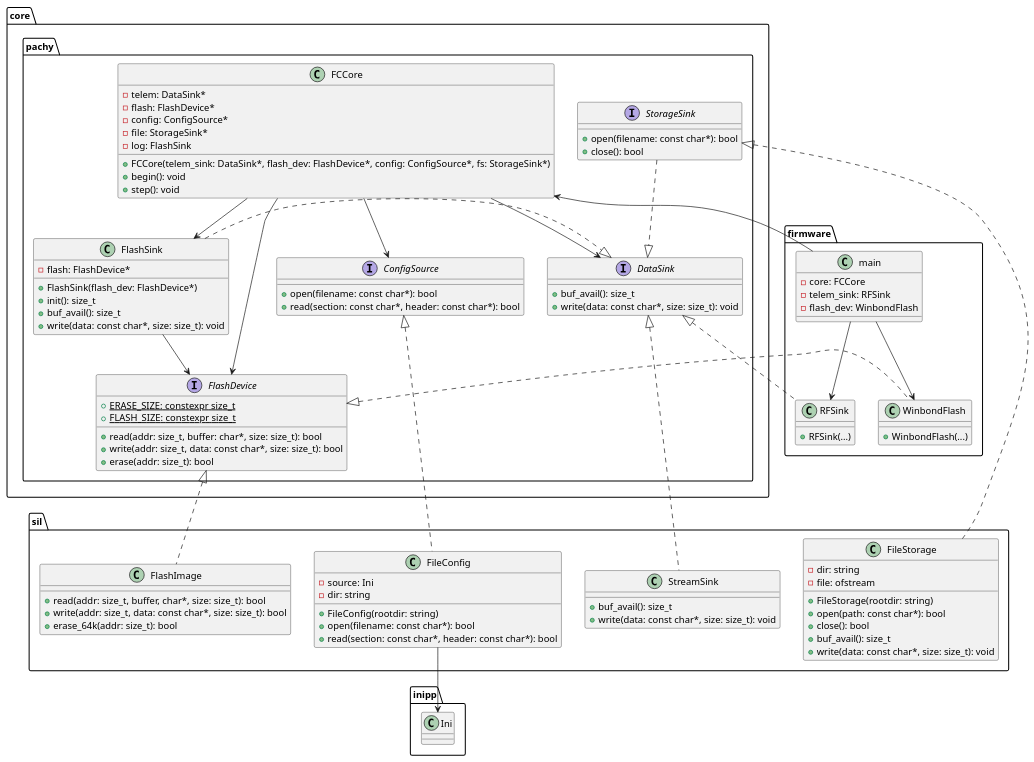
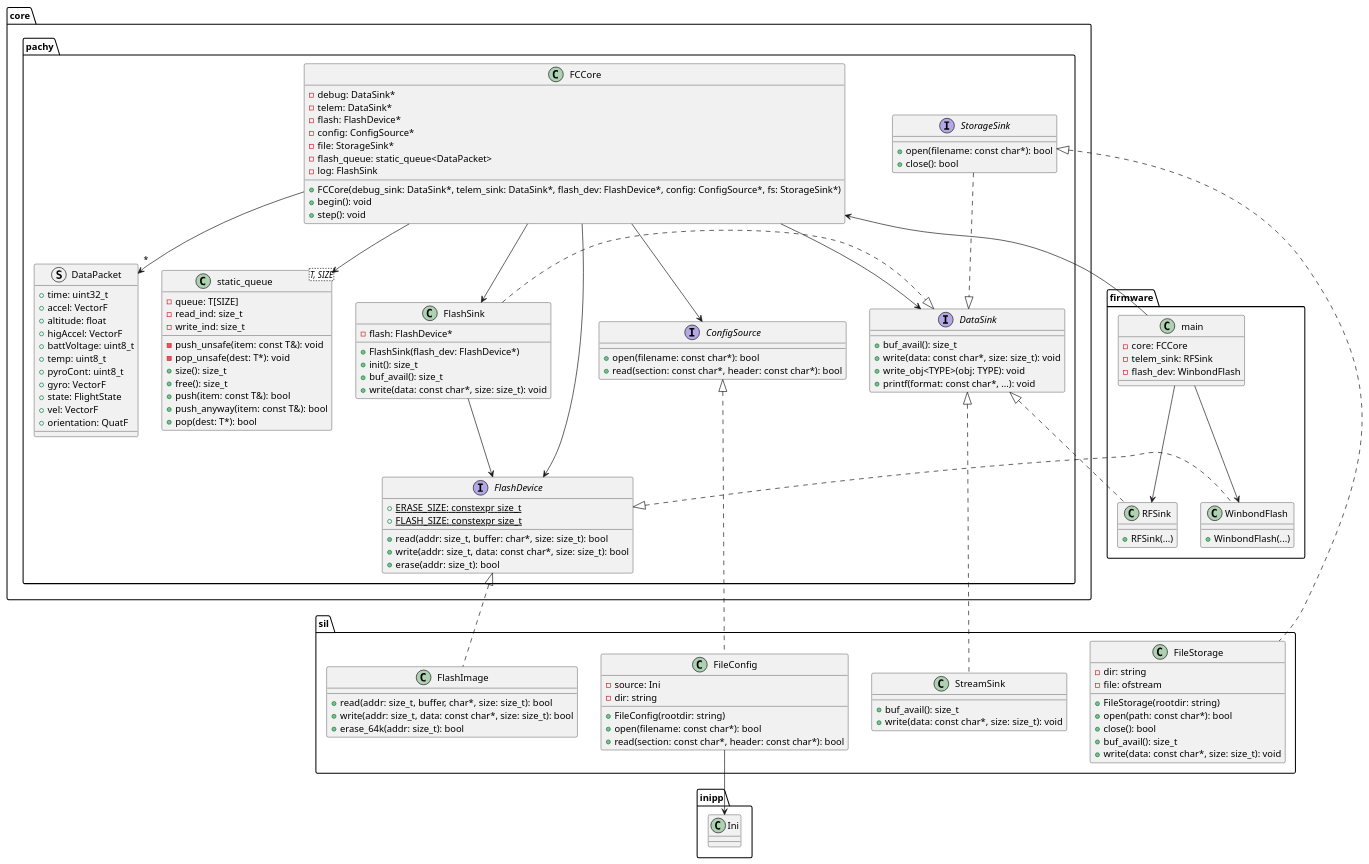
Before and after one commit to Rose-Rocketry/pachyderm-fc-core: the diagram in pachyderm.puml, drawn with PlantUML. The commit also changed 6 other files, not shown here.

```diff
--- a/pachyderm.puml
+++ b/pachyderm.puml
@@ -1,118 +1,151 @@
 @startuml
 
 package core {
     package pachy {
+        struct DataPacket {
+            + time: uint32_t
+            + accel: VectorF
+            + altitude: float
+            + higAccel: VectorF
+            + battVoltage: uint8_t
+            + temp: uint8_t
+            + pyroCont: uint8_t
+            + gyro: VectorF
+            + state: FlightState
+            + vel: VectorF
+            + orientation: QuatF
+        }
+        
         class FCCore {
+            - debug: DataSink*
             - telem: DataSink*
             - flash: FlashDevice*
             - config: ConfigSource*
             - file: StorageSink*
+            - flash_queue: static_queue<DataPacket>
             - log: FlashSink
-            + FCCore(telem_sink: DataSink*, flash_dev: FlashDevice*, config: ConfigSource*, fs: StorageSink*)
+            + FCCore(debug_sink: DataSink*, telem_sink: DataSink*, flash_dev: FlashDevice*, config: ConfigSource*, fs: StorageSink*)
             + begin(): void
             + step(): void
         }
         FCCore --> DataSink
         FCCore --> FlashDevice
         FCCore --> FlashSink
         FCCore --> ConfigSource
+        FCCore --> static_queue
+        FCCore -->"*" DataPacket
 
         interface DataSink {
             + buf_avail(): size_t
             + write(data: const char*, size: size_t): void
+            + write_obj<TYPE>(obj: TYPE): void
+            + printf(format: const char*, ...): void
         }
 
         interface FlashDevice {
             + {static} ERASE_SIZE: constexpr size_t 
             + {static} FLASH_SIZE: constexpr size_t
             + read(addr: size_t, buffer: char*, size: size_t): bool
             + write(addr: size_t, data: const char*, size: size_t): bool
             + erase(addr: size_t): bool
         }
 
         interface ConfigSource {
             + open(filename: const char*): bool
             + read(section: const char*, header: const char*): bool
         }
 
         interface StorageSink {
             + open(filename: const char*): bool
             + close(): bool
         }
         StorageSink ..|> DataSink
 
         class FlashSink {
             - flash: FlashDevice*
             + FlashSink(flash_dev: FlashDevice*)
             + init(): size_t
             + buf_avail(): size_t
             + write(data: const char*, size: size_t): void
         }
         FlashSink --> FlashDevice
         FlashSink .r.|> DataSink
+
+        class static_queue<T, SIZE> {
+            - queue: T[SIZE]
+            - read_ind: size_t
+            - write_ind: size_t
+            - push_unsafe(item: const T&): void
+            - pop_unsafe(dest: T*): void
+            + size(): size_t
+            + free(): size_t
+            + push(item: const T&): bool
+            + push_anyway(item: const T&): bool
+            + pop(dest: T*): bool
+        }
     }
 }
 
 package inipp {
     class Ini {
     } 
 }
 
 package sil {
     class StreamSink {
         + buf_avail(): size_t
         + write(data: const char*, size: size_t): void
     }
     StreamSink .u.|> core.pachy.DataSink
 
     class FlashImage {
         + read(addr: size_t, buffer, char*, size: size_t): bool
         + write(addr: size_t, data: const char*, size: size_t): bool
         + erase_64k(addr: size_t): bool
     }
     FlashImage .u.|> core.pachy.FlashDevice
 
     class FileConfig {
         - source: Ini
         - dir: string
         + FileConfig(rootdir: string)
         + open(filename: const char*): bool
         + read(section: const char*, header: const char*): bool
         
     }
     FileConfig .u.|> core.pachy.ConfigSource
     FileConfig --> inipp.Ini
 
     class FileStorage {
         - dir: string
         - file: ofstream
         + FileStorage(rootdir: string)
         + open(path: const char*): bool
         + close(): bool
         + buf_avail(): size_t
         + write(data: const char*, size: size_t): void
     }
     FileStorage .u.|> core.pachy.StorageSink
 }
 
 package firmware {
     class main {
         - core: FCCore
         - telem_sink: RFSink
         - flash_dev: WinbondFlash
     }
     main --> core.pachy.FCCore
     main --> RFSink
     main --> WinbondFlash
 
     class RFSink {
         + RFSink(...)
     }
     RFSink .u.|> core.pachy.DataSink
 
     class WinbondFlash {
         + WinbondFlash(...)
     }
     WinbondFlash .u.|> core.pachy.FlashDevice
 }
 @enduml
```
